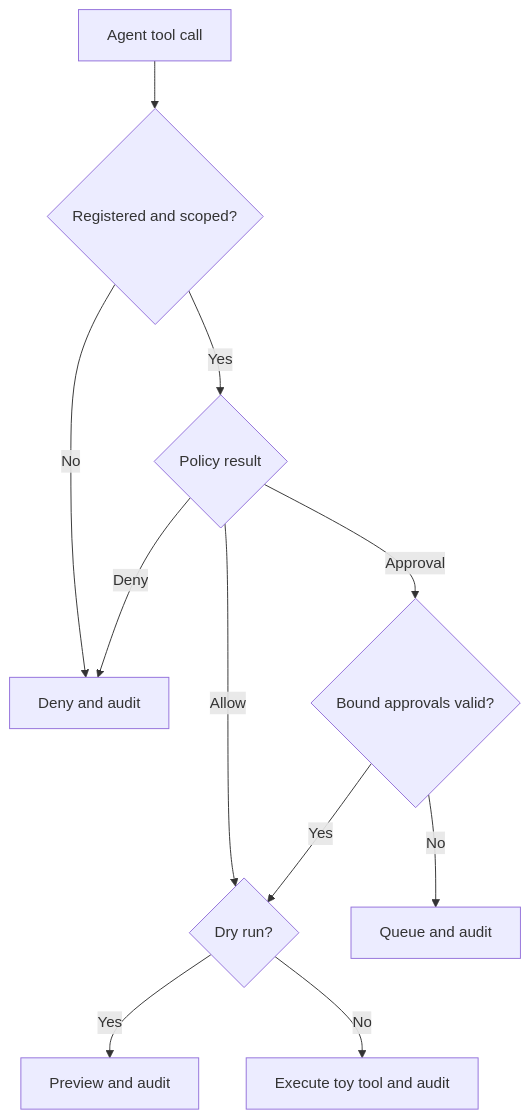
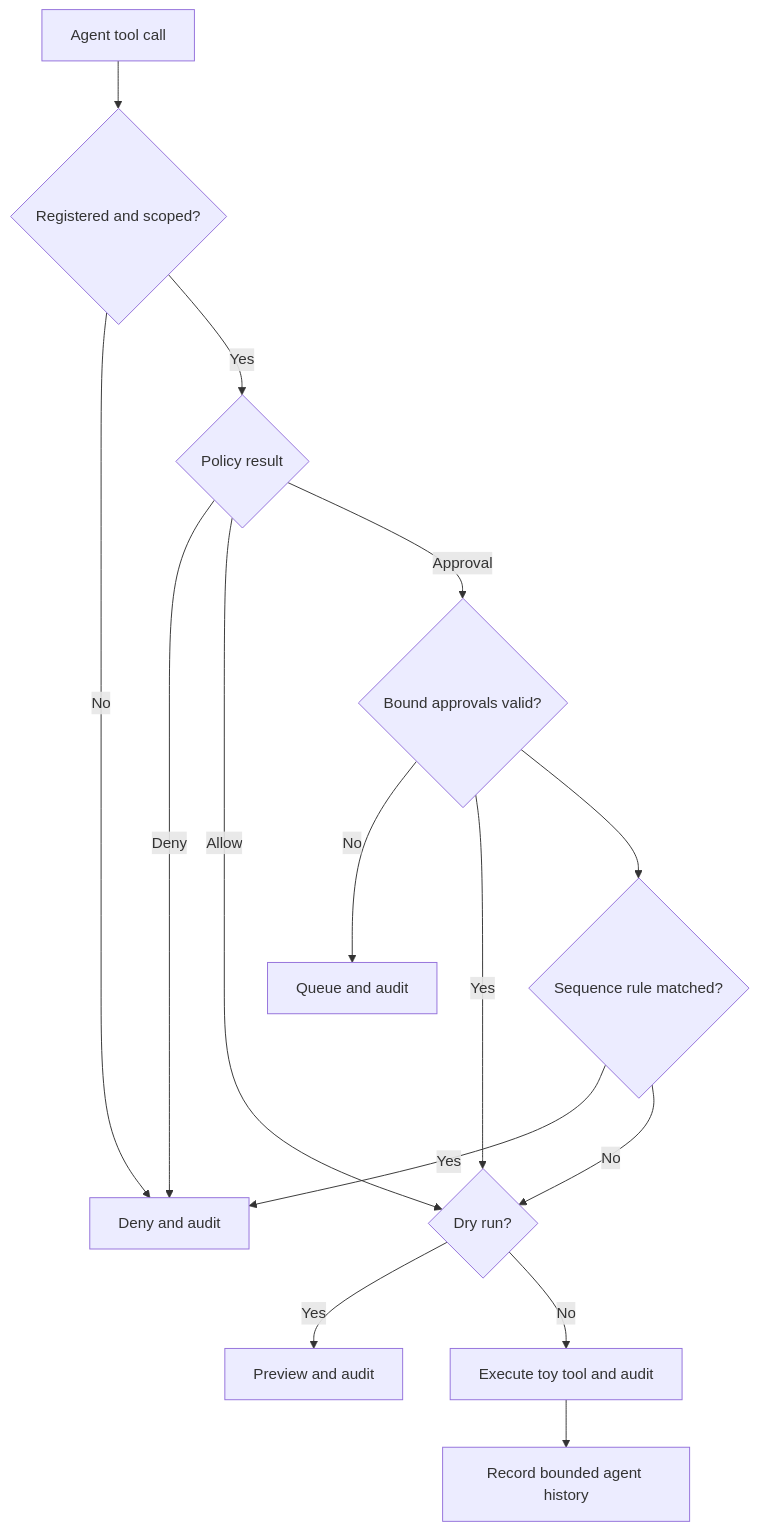
Before and after one commit to MadanMohan0537/scopelock: the diagram in README.md, drawn with Mermaid. The commit also changed other lines of this file and 10 other files, not shown here.

Commit message:
Add sequence-aware policy controls to ScopeLock

````diff
--- a/README.md
+++ b/README.md
@@ -46,13 +47,17 @@
 ```mermaid
 flowchart TD
     A[Agent tool call] --> B{Registered and scoped?}
     B -- No --> X[Deny and audit]
     B -- Yes --> C{Policy result}
     C -- Deny --> X
     C -- Allow --> D{Dry run?}
     C -- Approval --> E{Bound approvals valid?}
     E -- No --> Q[Queue and audit]
     E -- Yes --> D
     D -- Yes --> P[Preview and audit]
     D -- No --> R[Execute toy tool and audit]
+    R --> S[Record bounded agent history]
+    E --> T{Sequence rule matched?}
+    T -- Yes --> X
+    T -- No --> D
 ```
````
